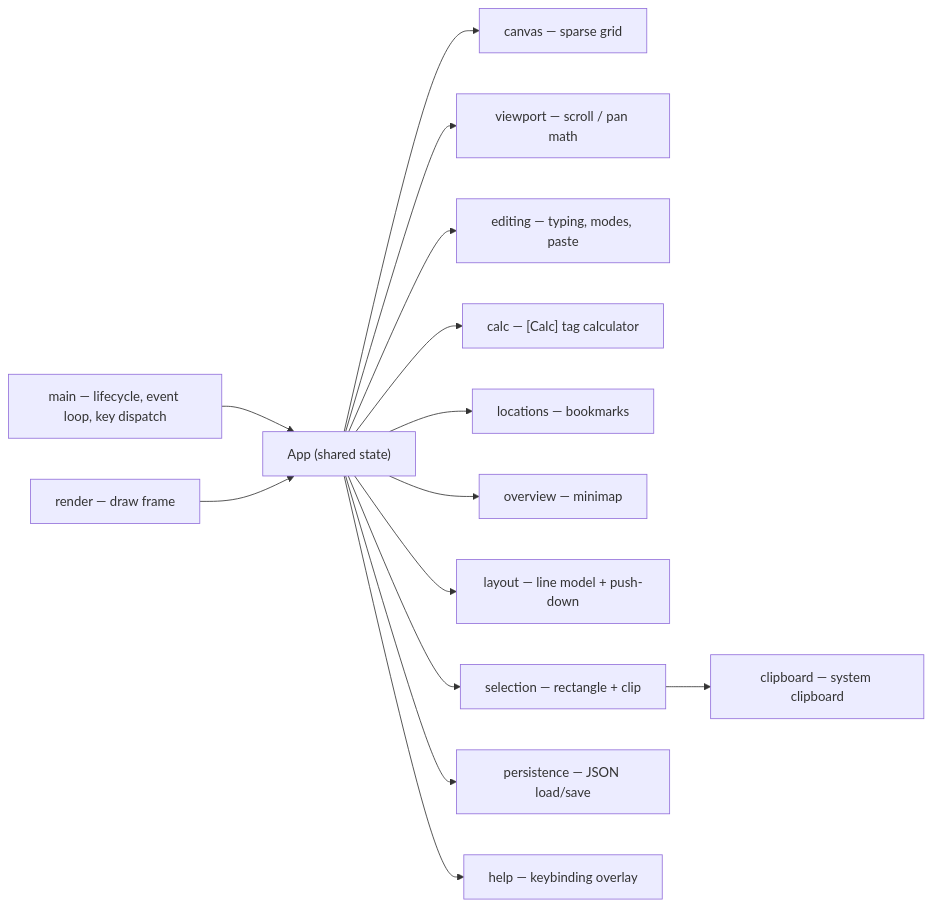
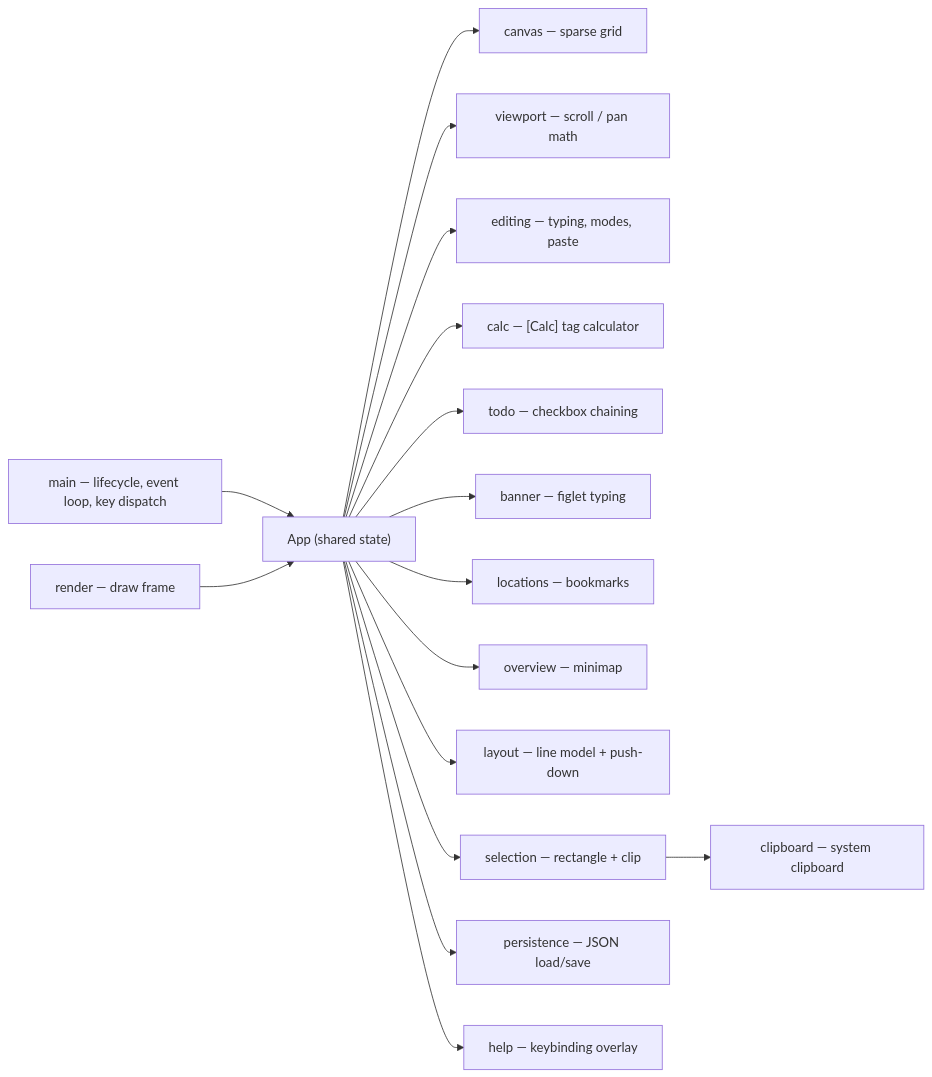
Before and after one commit to epatel/terminal_pad: the diagram in README.md, drawn with Mermaid. The commit also changed other lines of this file, not shown here.

Commit message:
README: document checkbox chaining and Ctrl+B banner mode

````diff
--- a/README.md
+++ b/README.md
@@ -164,16 +173,18 @@
 ```mermaid
 flowchart LR
   main["main — lifecycle, event loop, key dispatch"] --> app["App (shared state)"]
   app --> canvas["canvas — sparse grid"]
   app --> viewport["viewport — scroll / pan math"]
   app --> editing["editing — typing, modes, paste"]
   app --> calc["calc — [Calc] tag calculator"]
+  app --> todo["todo — checkbox chaining"]
+  app --> banner["banner — figlet typing"]
   app --> locations["locations — bookmarks"]
   app --> overview["overview — minimap"]
   app --> layout["layout — line model + push-down"]
   app --> selection["selection — rectangle + clip"]
   app --> persistence["persistence — JSON load/save"]
   app --> help["help — keybinding overlay"]
   selection --> clipboard["clipboard — system clipboard"]
   render["render — draw frame"] --> app
 ```
````
